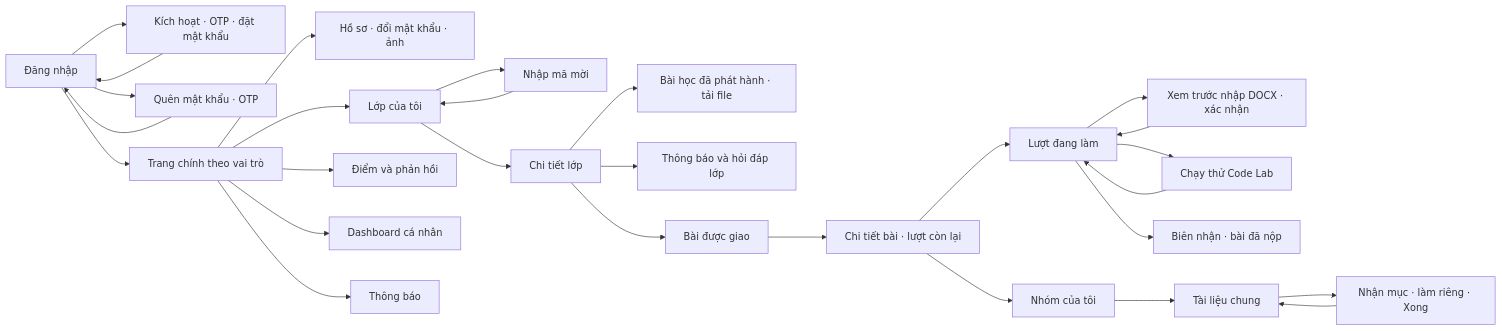
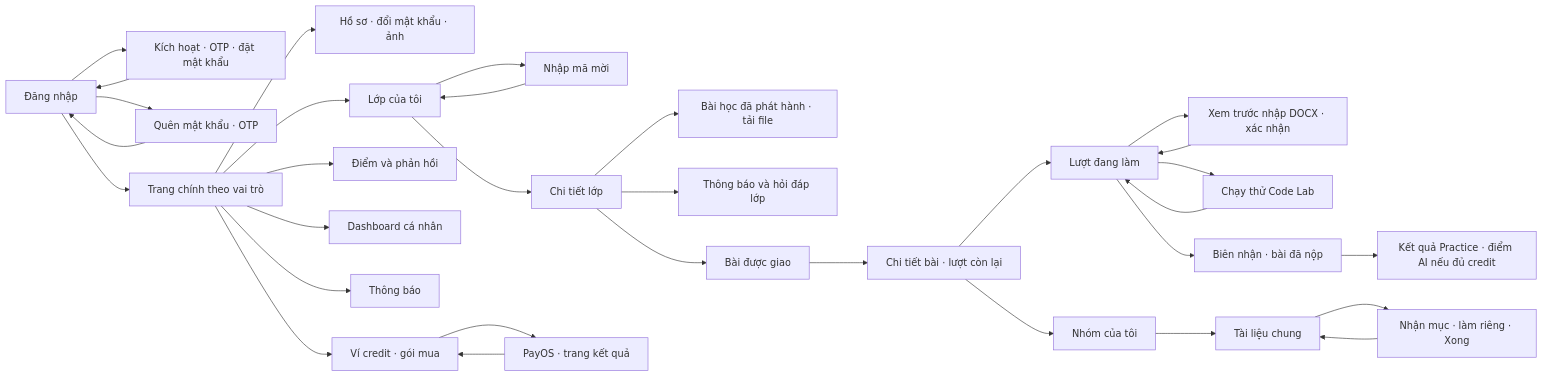
The first of 3 diagrams in docs/screen-flow.md (hygef-v4/AI-Powered-Learning-Platform), drawn with Mermaid before and after one commit. The commit also changed other lines of this file and 3 other files, not shown here.

First line of the commit message:
docs: sync screen flow with 40-case table

````diff
--- a/docs/screen-flow.md
+++ b/docs/screen-flow.md
@@ -9,41 +9,46 @@
 ```mermaid
 flowchart LR
     login["Đăng nhập"]
     activate["Kích hoạt · OTP · đặt mật khẩu"]
     reset["Quên mật khẩu · OTP"]
     shell["Trang chính theo vai trò"]
     profile["Hồ sơ · đổi mật khẩu · ảnh"]
     classes["Lớp của tôi"]
     join["Nhập mã mời"]
     classPage["Chi tiết lớp"]
     lesson["Bài học đã phát hành · tải file"]
     discussion["Thông báo và hỏi đáp lớp"]
     assignments["Bài được giao"]
     overview["Chi tiết bài · lượt còn lại"]
     attempt["Lượt đang làm"]
     docx["Xem trước nhập DOCX · xác nhận"]
     code["Chạy thử Code Lab"]
     receipt["Biên nhận · bài đã nộp"]
+    practice["Kết quả Practice · điểm AI nếu đủ credit"]
     group["Nhóm của tôi"]
     groupDoc["Tài liệu chung"]
     section["Nhận mục · làm riêng · Xong"]
     grades["Điểm và phản hồi"]
     dashboard["Dashboard cá nhân"]
     notifications["Thông báo"]
+    credits["Ví credit · gói mua"]
+    payment["PayOS · trang kết quả"]
     login --> shell
     login --> activate --> login
     login --> reset --> login
     shell --> profile
     shell --> classes
     classes --> join --> classes
     classes --> classPage
     classPage --> lesson
     classPage --> discussion
     classPage --> assignments --> overview --> attempt --> receipt
     attempt --> docx --> attempt
     attempt --> code --> attempt
+    receipt --> practice
     overview --> group --> groupDoc --> section --> groupDoc
     shell --> grades
     shell --> dashboard
     shell --> notifications
+    shell --> credits --> payment --> credits
 ```
````
